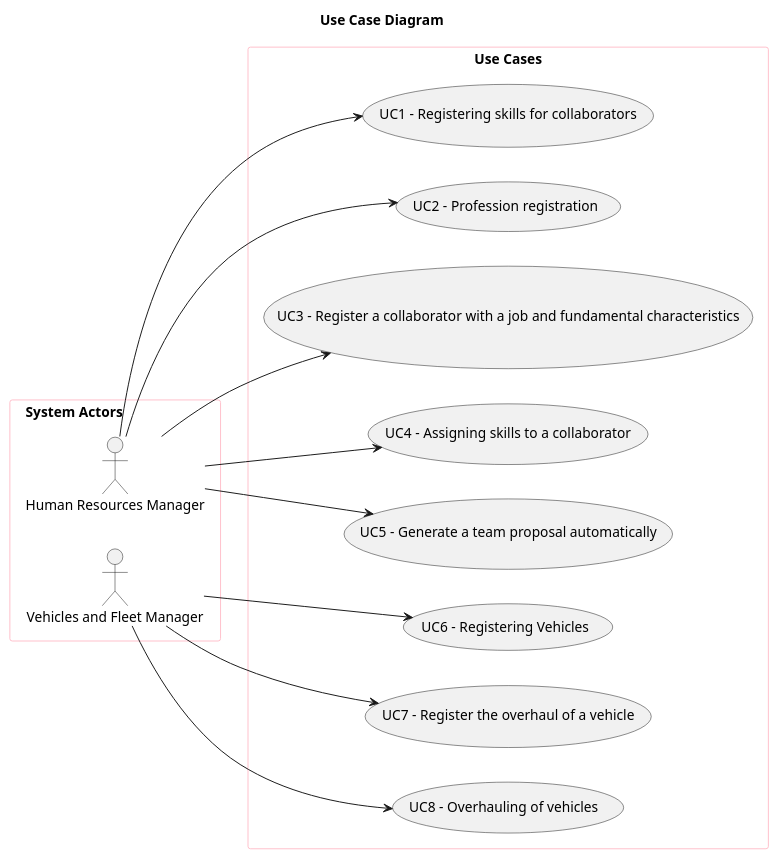
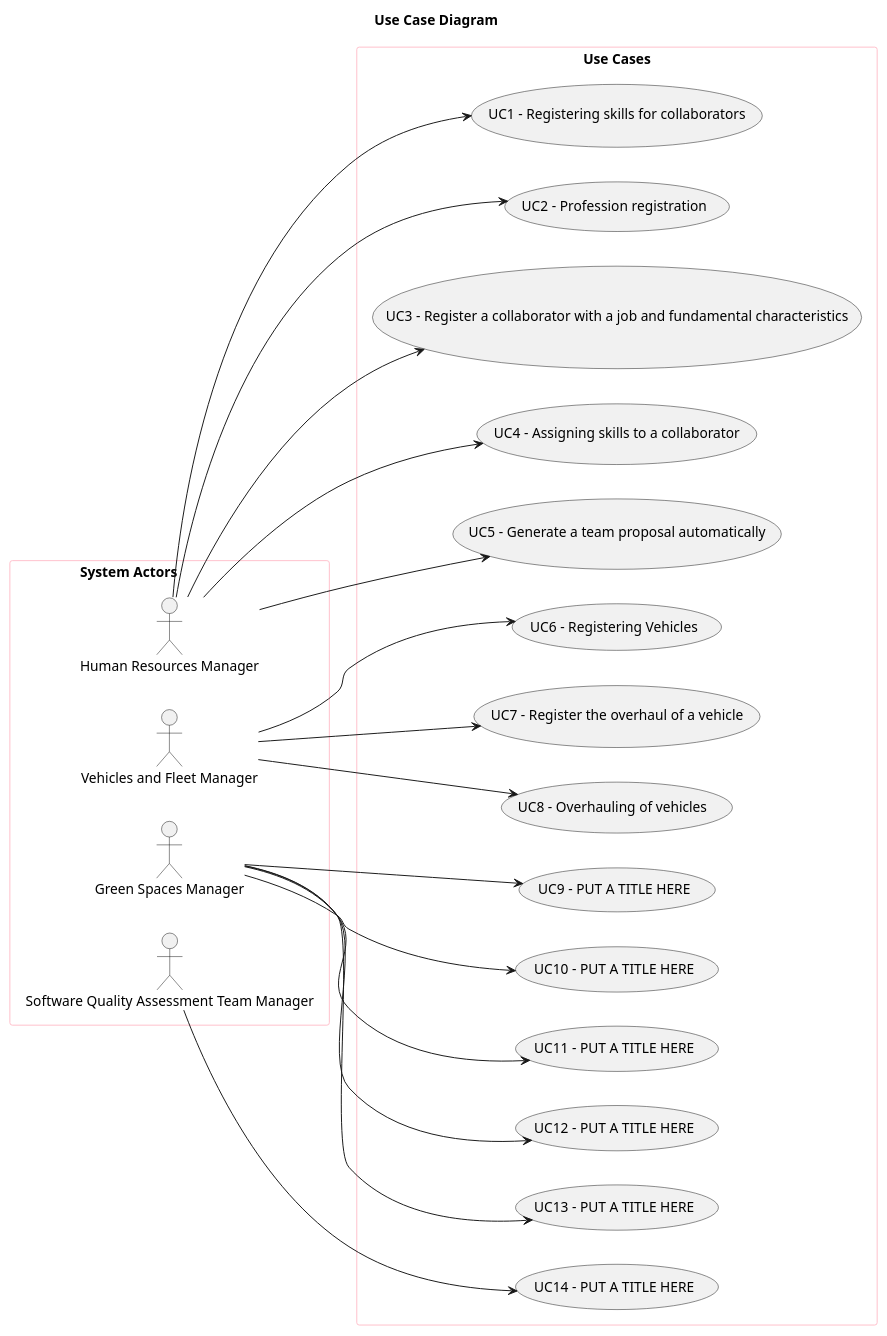
One commit to SAEmanuel/Green_Spaces_Management_ISEP changed the diagram in docs/sprintB/global-artifacts/01.requirements-engineering/puml/use-case-diagram.puml. Above: the diagram before and after it, drawn with PlantUML.

Commit message:
Use Case Diagram: Initial preparation PUML

```diff
--- a/docs/sprintB/global-artifacts/01.requirements-engineering/puml/use-case-diagram.puml
+++ b/docs/sprintB/global-artifacts/01.requirements-engineering/puml/use-case-diagram.puml
@@ -1,42 +1,59 @@
 @startuml
 'skinparam monochrome true
 skinparam packageStyle rectangle
 'skinparam shadowing false
 
 skinparam rectangle{
     BorderColor pink
 }
 
 title Use Case Diagram
 
 left to right direction
 
 rectangle "System Actors                       " as actors {
     actor "Human Resources Manager" as HRM
     actor "Vehicles and Fleet Manager" as FM
+    actor "Green Spaces Manager" as GSM
+    actor "Software Quality Assessment Team Manager" as QAM
+
+
 
 }
 
 
 
 rectangle "Use Cases" as usecases{
     usecase "UC1 - Registering skills for collaborators" as UC1
     usecase "UC2 - Profession registration" as UC2
     usecase "UC3 - Register a collaborator with a job and fundamental characteristics" as UC3
     usecase "UC4 - Assigning skills to a collaborator" as UC4
     usecase "UC5 - Generate a team proposal automatically" as UC5
     usecase "UC6 - Registering Vehicles" as UC6
     usecase "UC7 - Register the overhaul of a vehicle" as UC7
     usecase "UC8 - Overhauling of vehicles " as UC8
+    usecase "UC9 - PUT A TITLE HERE" as UC9
+    usecase "UC10 - PUT A TITLE HERE" as UC10
+    usecase "UC11 - PUT A TITLE HERE" as UC11
+    usecase "UC12 - PUT A TITLE HERE" as UC12
+    usecase "UC13 - PUT A TITLE HERE" as UC13
+    usecase "UC14 - PUT A TITLE HERE" as UC14
+
     HRM --> UC1
     HRM --> UC2
     HRM --> UC3
     HRM --> UC4
     HRM --> UC5
     FM --> UC6
     FM --> UC7
     FM --> UC8
+    GSM --> UC9
+    GSM --> UC10
+    GSM --> UC11
+    GSM --> UC12
+    GSM --> UC13
+    QAM --> UC14
 }
 
 
 @enduml
```
